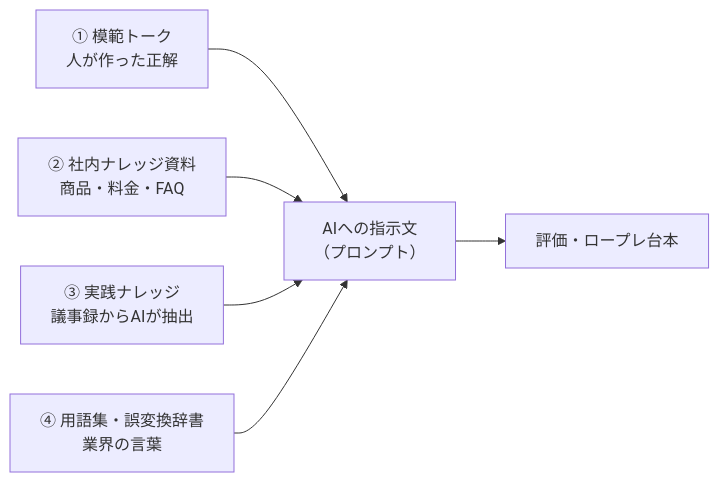
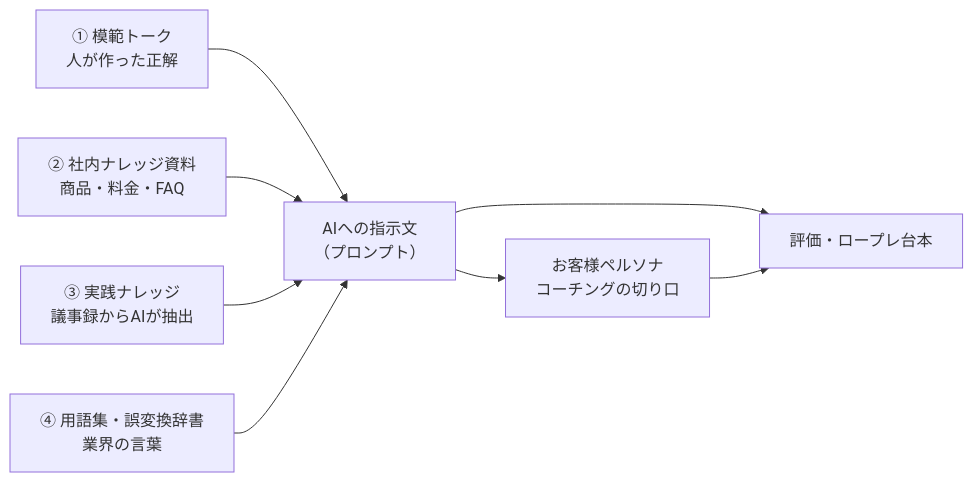
Before and after one commit to LTSplanner/talknot: the second of 4 diagrams in docs/SYSTEM_DESIGN.md, drawn with Mermaid. The commit also changed other lines of this file and 1 other file, not shown here.

````diff
--- a/docs/SYSTEM_DESIGN.md
+++ b/docs/SYSTEM_DESIGN.md
@@ -121,8 +223,10 @@
 ```mermaid
 flowchart LR
     A["① 模範トーク<br/>人が作った正解"] --> E
     B["② 社内ナレッジ資料<br/>商品・料金・FAQ"] --> E
     C["③ 実践ナレッジ<br/>議事録からAIが抽出"] --> E
     D["④ 用語集・誤変換辞書<br/>業界の言葉"] --> E
-    E["AIへの指示文<br/>（プロンプト）"] --> F[評価・ロープレ台本]
+    E["AIへの指示文<br/>（プロンプト）"] --> F["評価・ロープレ台本"]
+    E --> G["お客様ペルソナ<br/>コーチングの切り口"]
+    G --> F
 ```
````
